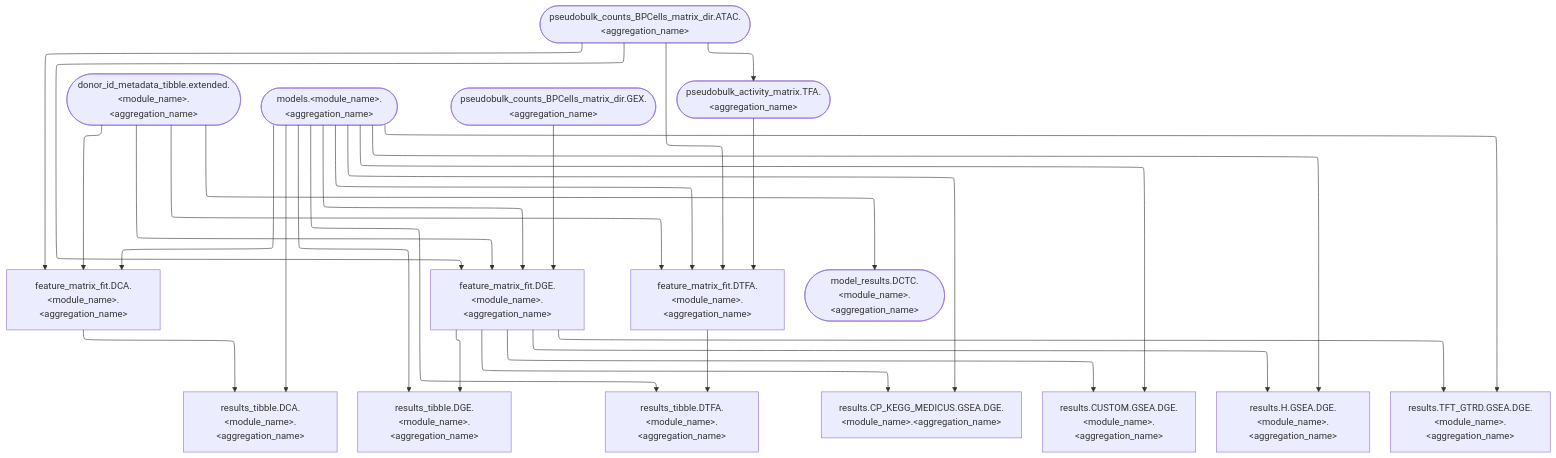
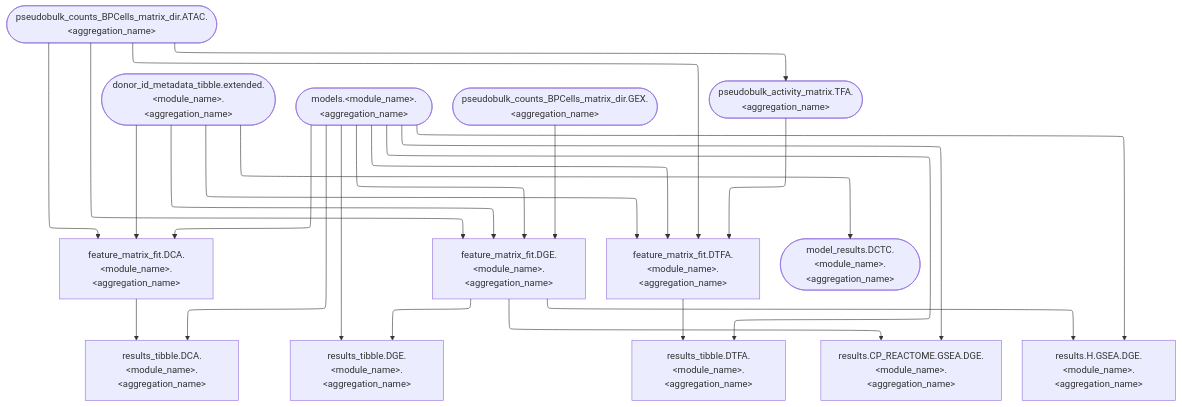
The diagram in website/figures/human_curated/differential_analyses_v2.mmd (koefoeden/multiomeR), drawn with Mermaid before and after one commit. The commit also changed 10 other files, not shown here.

First line of the commit message:
standardize public GSEA on Hallmark and Reactome

```diff
--- a/website/figures/human_curated/differential_analyses_v2.mmd
+++ b/website/figures/human_curated/differential_analyses_v2.mmd
@@ -1,29 +1,25 @@
 %%{init: {'flowchart': {'defaultRenderer': 'elk'}}}%%
 flowchart TB
   donor_id_metadata_tibble.extended.differential_analyses.immune_human_2x(["donor_id_metadata_tibble.extended.&lt;module_name&gt;.&lt;aggregation_name&gt;"]):::none --> feature_matrix_fit.DCA.differential_analyses.immune_human_2x["feature_matrix_fit.DCA.&lt;module_name&gt;.&lt;aggregation_name&gt;"]:::none
   donor_id_metadata_tibble.extended.differential_analyses.immune_human_2x(["donor_id_metadata_tibble.extended.&lt;module_name&gt;.&lt;aggregation_name&gt;"]):::none --> feature_matrix_fit.DGE.differential_analyses.immune_human_2x["feature_matrix_fit.DGE.&lt;module_name&gt;.&lt;aggregation_name&gt;"]:::none
   donor_id_metadata_tibble.extended.differential_analyses.immune_human_2x(["donor_id_metadata_tibble.extended.&lt;module_name&gt;.&lt;aggregation_name&gt;"]):::none --> feature_matrix_fit.DTFA.differential_analyses.immune_human_2x["feature_matrix_fit.DTFA.&lt;module_name&gt;.&lt;aggregation_name&gt;"]:::none
   donor_id_metadata_tibble.extended.differential_analyses.immune_human_2x(["donor_id_metadata_tibble.extended.&lt;module_name&gt;.&lt;aggregation_name&gt;"]):::none --> model_results.DCTC.differential_analyses.immune_human_2x(["model_results.DCTC.&lt;module_name&gt;.&lt;aggregation_name&gt;"]):::none
   feature_matrix_fit.DCA.differential_analyses.immune_human_2x["feature_matrix_fit.DCA.&lt;module_name&gt;.&lt;aggregation_name&gt;"]:::none --> results_tibble.DCA.differential_analyses.immune_human_2x["results_tibble.DCA.&lt;module_name&gt;.&lt;aggregation_name&gt;"]:::none
   feature_matrix_fit.DGE.differential_analyses.immune_human_2x["feature_matrix_fit.DGE.&lt;module_name&gt;.&lt;aggregation_name&gt;"]:::none --> results_tibble.DGE.differential_analyses.immune_human_2x["results_tibble.DGE.&lt;module_name&gt;.&lt;aggregation_name&gt;"]:::none
   feature_matrix_fit.DTFA.differential_analyses.immune_human_2x["feature_matrix_fit.DTFA.&lt;module_name&gt;.&lt;aggregation_name&gt;"]:::none --> results_tibble.DTFA.differential_analyses.immune_human_2x["results_tibble.DTFA.&lt;module_name&gt;.&lt;aggregation_name&gt;"]:::none
-  feature_matrix_fit.DGE.differential_analyses.immune_human_2x["feature_matrix_fit.DGE.&lt;module_name&gt;.&lt;aggregation_name&gt;"]:::none --> results.CP_KEGG_MEDICUS.GSEA.DGE.differential_analyses.immune_human_2x["results.CP_KEGG_MEDICUS.GSEA.DGE.&lt;module_name&gt;.&lt;aggregation_name&gt;"]:::none
-  feature_matrix_fit.DGE.differential_analyses.immune_human_2x["feature_matrix_fit.DGE.&lt;module_name&gt;.&lt;aggregation_name&gt;"]:::none --> results.CUSTOM.GSEA.DGE.differential_analyses.immune_human_2x["results.CUSTOM.GSEA.DGE.&lt;module_name&gt;.&lt;aggregation_name&gt;"]:::none
+  feature_matrix_fit.DGE.differential_analyses.immune_human_2x["feature_matrix_fit.DGE.&lt;module_name&gt;.&lt;aggregation_name&gt;"]:::none --> results.CP_REACTOME.GSEA.DGE.differential_analyses.immune_human_2x["results.CP_REACTOME.GSEA.DGE.&lt;module_name&gt;.&lt;aggregation_name&gt;"]:::none
   feature_matrix_fit.DGE.differential_analyses.immune_human_2x["feature_matrix_fit.DGE.&lt;module_name&gt;.&lt;aggregation_name&gt;"]:::none --> results.H.GSEA.DGE.differential_analyses.immune_human_2x["results.H.GSEA.DGE.&lt;module_name&gt;.&lt;aggregation_name&gt;"]:::none
-  feature_matrix_fit.DGE.differential_analyses.immune_human_2x["feature_matrix_fit.DGE.&lt;module_name&gt;.&lt;aggregation_name&gt;"]:::none --> results.TFT_GTRD.GSEA.DGE.differential_analyses.immune_human_2x["results.TFT_GTRD.GSEA.DGE.&lt;module_name&gt;.&lt;aggregation_name&gt;"]:::none
   models.differential_analyses.immune_human_2x(["models.&lt;module_name&gt;.&lt;aggregation_name&gt;"]):::none --> feature_matrix_fit.DCA.differential_analyses.immune_human_2x["feature_matrix_fit.DCA.&lt;module_name&gt;.&lt;aggregation_name&gt;"]:::none
   models.differential_analyses.immune_human_2x(["models.&lt;module_name&gt;.&lt;aggregation_name&gt;"]):::none --> results_tibble.DCA.differential_analyses.immune_human_2x["results_tibble.DCA.&lt;module_name&gt;.&lt;aggregation_name&gt;"]:::none
   models.differential_analyses.immune_human_2x(["models.&lt;module_name&gt;.&lt;aggregation_name&gt;"]):::none --> feature_matrix_fit.DGE.differential_analyses.immune_human_2x["feature_matrix_fit.DGE.&lt;module_name&gt;.&lt;aggregation_name&gt;"]:::none
   models.differential_analyses.immune_human_2x(["models.&lt;module_name&gt;.&lt;aggregation_name&gt;"]):::none --> results_tibble.DGE.differential_analyses.immune_human_2x["results_tibble.DGE.&lt;module_name&gt;.&lt;aggregation_name&gt;"]:::none
-  models.differential_analyses.immune_human_2x(["models.&lt;module_name&gt;.&lt;aggregation_name&gt;"]):::none --> results.CP_KEGG_MEDICUS.GSEA.DGE.differential_analyses.immune_human_2x["results.CP_KEGG_MEDICUS.GSEA.DGE.&lt;module_name&gt;.&lt;aggregation_name&gt;"]:::none
-  models.differential_analyses.immune_human_2x(["models.&lt;module_name&gt;.&lt;aggregation_name&gt;"]):::none --> results.CUSTOM.GSEA.DGE.differential_analyses.immune_human_2x["results.CUSTOM.GSEA.DGE.&lt;module_name&gt;.&lt;aggregation_name&gt;"]:::none
+  models.differential_analyses.immune_human_2x(["models.&lt;module_name&gt;.&lt;aggregation_name&gt;"]):::none --> results.CP_REACTOME.GSEA.DGE.differential_analyses.immune_human_2x["results.CP_REACTOME.GSEA.DGE.&lt;module_name&gt;.&lt;aggregation_name&gt;"]:::none
   models.differential_analyses.immune_human_2x(["models.&lt;module_name&gt;.&lt;aggregation_name&gt;"]):::none --> results.H.GSEA.DGE.differential_analyses.immune_human_2x["results.H.GSEA.DGE.&lt;module_name&gt;.&lt;aggregation_name&gt;"]:::none
-  models.differential_analyses.immune_human_2x(["models.&lt;module_name&gt;.&lt;aggregation_name&gt;"]):::none --> results.TFT_GTRD.GSEA.DGE.differential_analyses.immune_human_2x["results.TFT_GTRD.GSEA.DGE.&lt;module_name&gt;.&lt;aggregation_name&gt;"]:::none
   models.differential_analyses.immune_human_2x(["models.&lt;module_name&gt;.&lt;aggregation_name&gt;"]):::none --> feature_matrix_fit.DTFA.differential_analyses.immune_human_2x["feature_matrix_fit.DTFA.&lt;module_name&gt;.&lt;aggregation_name&gt;"]:::none
   models.differential_analyses.immune_human_2x(["models.&lt;module_name&gt;.&lt;aggregation_name&gt;"]):::none --> results_tibble.DTFA.differential_analyses.immune_human_2x["results_tibble.DTFA.&lt;module_name&gt;.&lt;aggregation_name&gt;"]:::none
   pseudobulk_counts_BPCells_matrix_dir.ATAC.brain_mouse(["pseudobulk_counts_BPCells_matrix_dir.ATAC.&lt;aggregation_name&gt;"]):::none --> feature_matrix_fit.DCA.differential_analyses.immune_human_2x["feature_matrix_fit.DCA.&lt;module_name&gt;.&lt;aggregation_name&gt;"]:::none
   pseudobulk_counts_BPCells_matrix_dir.GEX.brain_mouse(["pseudobulk_counts_BPCells_matrix_dir.GEX.&lt;aggregation_name&gt;"]):::none --> feature_matrix_fit.DGE.differential_analyses.immune_human_2x["feature_matrix_fit.DGE.&lt;module_name&gt;.&lt;aggregation_name&gt;"]:::none
   pseudobulk_counts_BPCells_matrix_dir.ATAC.brain_mouse(["pseudobulk_counts_BPCells_matrix_dir.ATAC.&lt;aggregation_name&gt;"]):::none --> feature_matrix_fit.DGE.differential_analyses.immune_human_2x["feature_matrix_fit.DGE.&lt;module_name&gt;.&lt;aggregation_name&gt;"]:::none
   pseudobulk_activity_matrix.TFA.brain_mouse(["pseudobulk_activity_matrix.TFA.&lt;aggregation_name&gt;"]):::none --> feature_matrix_fit.DTFA.differential_analyses.immune_human_2x["feature_matrix_fit.DTFA.&lt;module_name&gt;.&lt;aggregation_name&gt;"]:::none
   pseudobulk_counts_BPCells_matrix_dir.ATAC.brain_mouse(["pseudobulk_counts_BPCells_matrix_dir.ATAC.&lt;aggregation_name&gt;"]):::none --> feature_matrix_fit.DTFA.differential_analyses.immune_human_2x["feature_matrix_fit.DTFA.&lt;module_name&gt;.&lt;aggregation_name&gt;"]:::none
   pseudobulk_counts_BPCells_matrix_dir.ATAC.brain_mouse(["pseudobulk_counts_BPCells_matrix_dir.ATAC.&lt;aggregation_name&gt;"]):::none --> pseudobulk_activity_matrix.TFA.brain_mouse(["pseudobulk_activity_matrix.TFA.&lt;aggregation_name&gt;"]):::none
```
